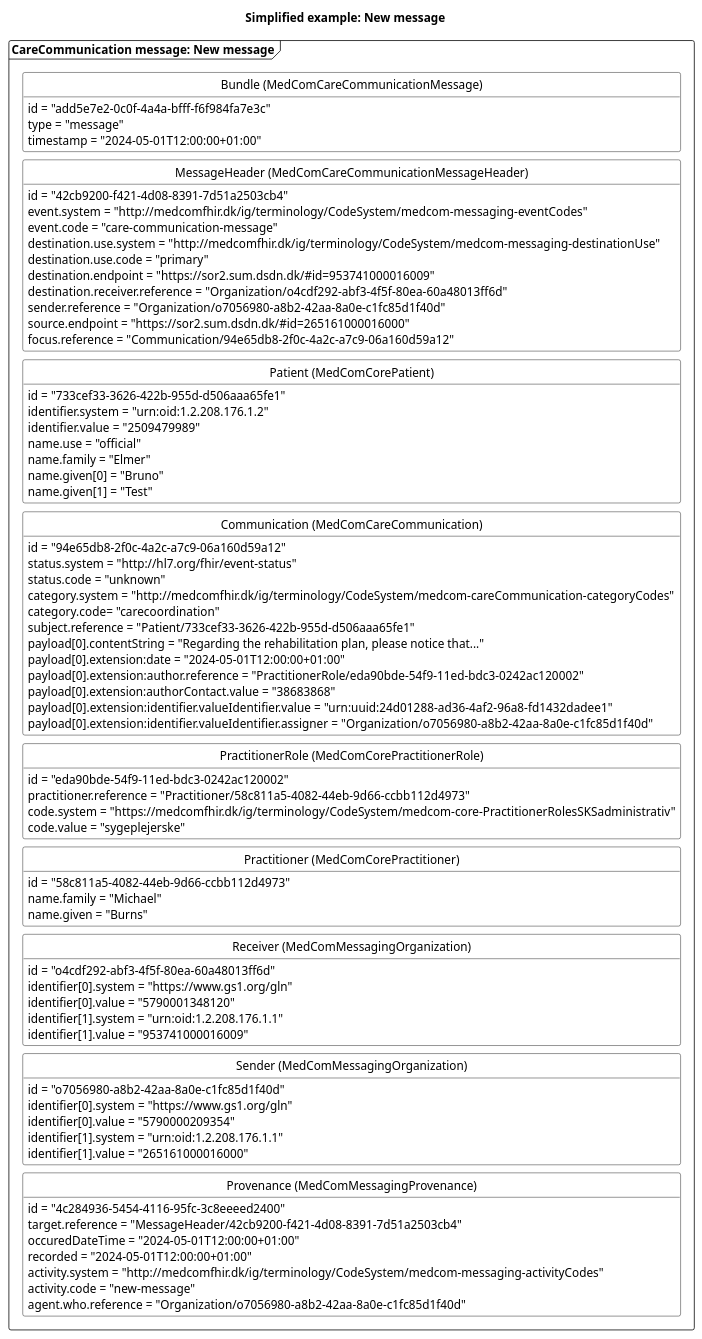
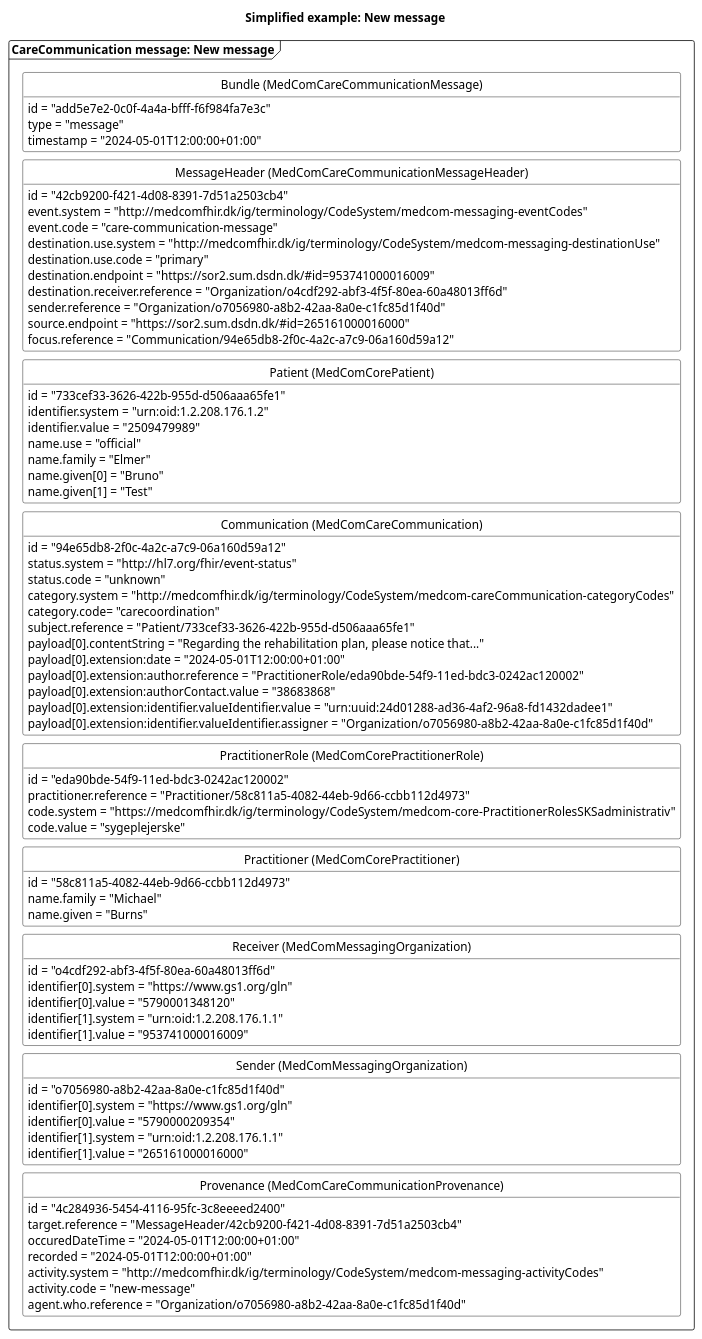
One commit to medcomdk/dk-medcom-carecommunication changed the diagram in puml/CareCommunicationNewMessage.puml. Above: the diagram before and after it, drawn with PlantUML. The commit also changed 2 other files, not shown here.

Commit message:
Corrected UML diagrams for GitHubPages

```diff
--- a/puml/CareCommunicationNewMessage.puml
+++ b/puml/CareCommunicationNewMessage.puml
@@ -1,105 +1,105 @@
 @startuml CCNewMessage
 
 'layout
 skinparam class {
     BackgroundColor White
     BorderColor Black
     ArrowColor Black
   }
 hide circle
 hide empty members
 skinparam SameClassWidth true
 skinparam Ranksep 10
 
 
 'title
 title Simplified example: New message
 
 'Message 1: New message
 package "CareCommunication message: New message" as new <<Frame>>{
     class "Bundle (MedComCareCommunicationMessage)" as newB {
         id = "add5e7e2-0c0f-4a4a-bfff-f6f984fa7e3c"
         type = "message"
         timestamp = "2024-05-01T12:00:00+01:00"
     }
     class "MessageHeader (MedComCareCommunicationMessageHeader)" as newMH{
         id = "42cb9200-f421-4d08-8391-7d51a2503cb4"
         event.system = "http://medcomfhir.dk/ig/terminology/CodeSystem/medcom-messaging-eventCodes"
         event.code = "care-communication-message"
         destination.use.system = "http://medcomfhir.dk/ig/terminology/CodeSystem/medcom-messaging-destinationUse"
         destination.use.code = "primary"
         destination.endpoint = "https://sor2.sum.dsdn.dk/#id=953741000016009"
         destination.receiver.reference = "Organization/o4cdf292-abf3-4f5f-80ea-60a48013ff6d"
         sender.reference = "Organization/o7056980-a8b2-42aa-8a0e-c1fc85d1f40d"
         source.endpoint = "https://sor2.sum.dsdn.dk/#id=265161000016000"
         focus.reference = "Communication/94e65db8-2f0c-4a2c-a7c9-06a160d59a12"
     }
     class "Patient (MedComCorePatient)" as newPT{
         id = "733cef33-3626-422b-955d-d506aaa65fe1"
         identifier.system = "urn:oid:1.2.208.176.1.2"
         identifier.value = "2509479989"
         name.use = "official"
         name.family = "Elmer"
         name.given[0] = "Bruno"
         name.given[1] = "Test"
     }
     class "Communication (MedComCareCommunication)" as newCom{
         id = "94e65db8-2f0c-4a2c-a7c9-06a160d59a12"
         status.system = "http://hl7.org/fhir/event-status" 
         status.code = "unknown"
         category.system = "http://medcomfhir.dk/ig/terminology/CodeSystem/medcom-careCommunication-categoryCodes"
         category.code= "carecoordination"
         subject.reference = "Patient/733cef33-3626-422b-955d-d506aaa65fe1"
         payload[0].contentString = "Regarding the rehabilitation plan, please notice that..."
         payload[0].extension:date = "2024-05-01T12:00:00+01:00"
         payload[0].extension:author.reference = "PractitionerRole/eda90bde-54f9-11ed-bdc3-0242ac120002"
         payload[0].extension:authorContact.value = "38683868"
         payload[0].extension:identifier.valueIdentifier.value = "urn:uuid:24d01288-ad36-4af2-96a8-fd1432dadee1"
         payload[0].extension:identifier.valueIdentifier.assigner = "Organization/o7056980-a8b2-42aa-8a0e-c1fc85d1f40d"
     }
     class "PractitionerRole (MedComCorePractitionerRole)" as newPracR{
         id = "eda90bde-54f9-11ed-bdc3-0242ac120002"
         practitioner.reference = "Practitioner/58c811a5-4082-44eb-9d66-ccbb112d4973"
         code.system = "https://medcomfhir.dk/ig/terminology/CodeSystem/medcom-core-PractitionerRolesSKSadministrativ"
         code.value = "sygeplejerske"
     }
     class "Practitioner (MedComCorePractitioner)" as newPrac{
         id = "58c811a5-4082-44eb-9d66-ccbb112d4973"
         name.family = "Michael"
         name.given = "Burns"
     }
     class "Receiver (MedComMessagingOrganization)" as newROrg{
         id = "o4cdf292-abf3-4f5f-80ea-60a48013ff6d"
         identifier[0].system = "https://www.gs1.org/gln"
         identifier[0].value = "5790001348120"
         identifier[1].system = "urn:oid:1.2.208.176.1.1"
         identifier[1].value = "953741000016009"
     }
     class "Sender (MedComMessagingOrganization)" as newSOrg{
         id = "o7056980-a8b2-42aa-8a0e-c1fc85d1f40d"
         identifier[0].system = "https://www.gs1.org/gln"
         identifier[0].value = "5790000209354"
         identifier[1].system = "urn:oid:1.2.208.176.1.1"
         identifier[1].value = "265161000016000"
     }
-    class "Provenance (MedComMessagingProvenance)" as newPRO{
+    class "Provenance (MedComCareCommunicationProvenance)" as newPRO{
         id = "4c284936-5454-4116-95fc-3c8eeeed2400"
         target.reference = "MessageHeader/42cb9200-f421-4d08-8391-7d51a2503cb4"
         occuredDateTime = "2024-05-01T12:00:00+01:00"
         recorded = "2024-05-01T12:00:00+01:00"
         activity.system = "http://medcomfhir.dk/ig/terminology/CodeSystem/medcom-messaging-activityCodes"
         activity.code = "new-message"
         agent.who.reference = "Organization/o7056980-a8b2-42aa-8a0e-c1fc85d1f40d"
     }
 
 newB -[hidden]- newMH
 newMH -[hidden]-newPT
 newPT-[hidden]-newCom
 newCom -[hidden]-newPracR
 newPracR-[hidden]-newPrac
 newPrac-[hidden]-newROrg
 newROrg-[hidden]- newSOrg
 newSOrg-[hidden]-newPRO
 
 
 @enduml
```
